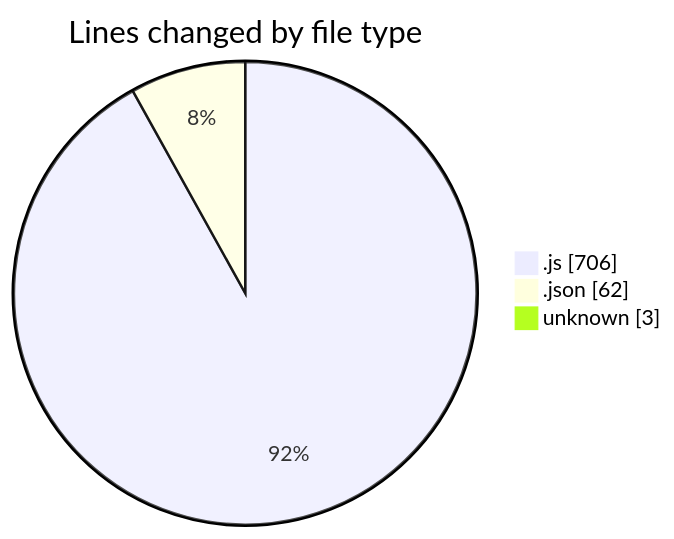
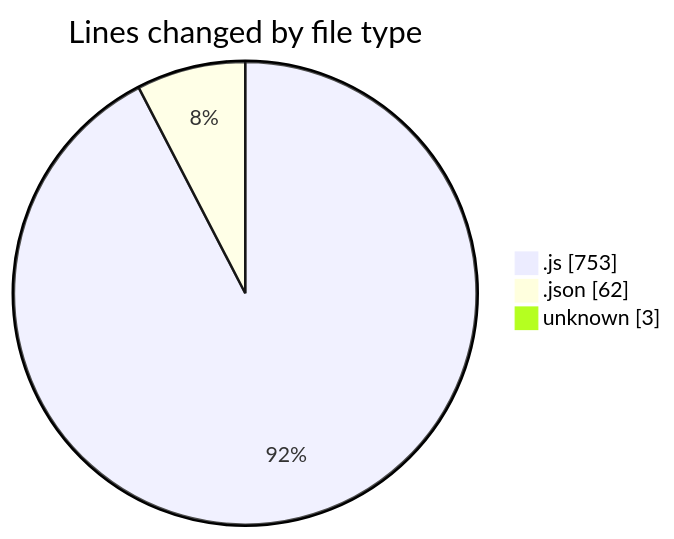
The first of 2 diagrams in 2025-07-02/mern-thinkboard/README.md (Ritupan-Deka/code-tracking), drawn with Mermaid before and after one commit. The commit also changed other lines of this file and 1 other file, not shown here.

````diff
--- a/2025-07-02/mern-thinkboard/README.md
+++ b/2025-07-02/mern-thinkboard/README.md
@@ -30,7 +31,7 @@
 ```mermaid
 pie showData
 title Lines changed by file type
-".js" : 706
+".js" : 753
 ".json" : 62
 "unknown" : 3
 ```
````
